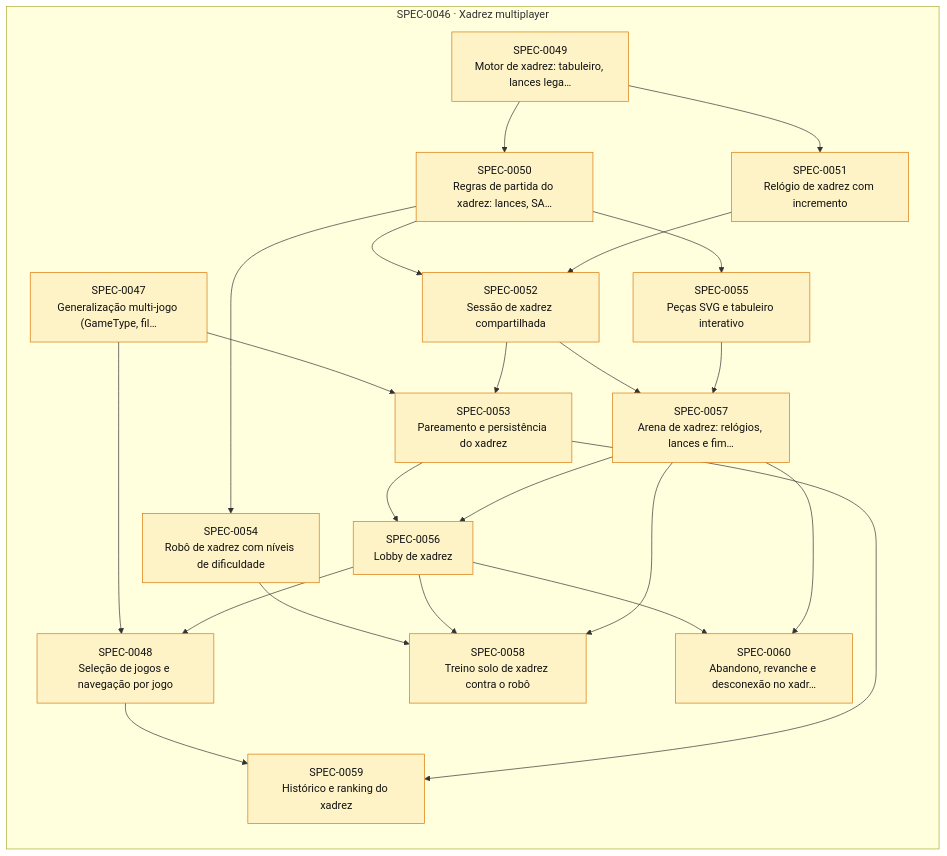
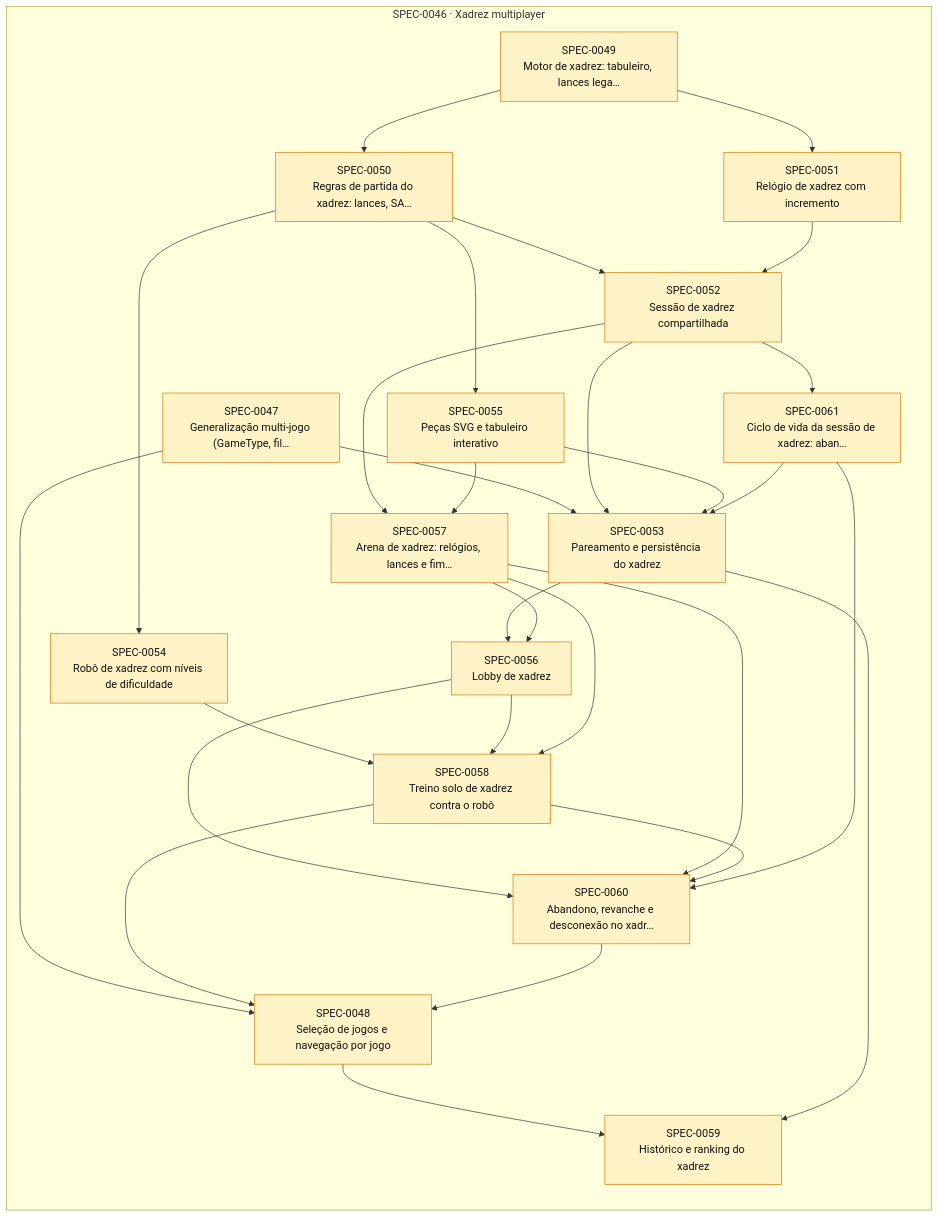
One commit to thomasravache/jogo-da-velha-multiplayer changed the diagram in docs/specs/INDEX.md. Above: the diagram before and after it, drawn with Mermaid. The commit also changed other lines of this file and 20 other files, not shown here.

````diff
--- a/docs/specs/INDEX.md
+++ b/docs/specs/INDEX.md
@@ -50,45 +51,52 @@
 ```mermaid
 flowchart LR
   subgraph E0046["SPEC-0046 · Xadrez multiplayer"]
     S0047["SPEC-0047<br/>Generalização multi-jogo (GameType, fil…"]:::proposed
     S0048["SPEC-0048<br/>Seleção de jogos e navegação por jogo"]:::proposed
     S0049["SPEC-0049<br/>Motor de xadrez: tabuleiro, lances lega…"]:::proposed
     S0050["SPEC-0050<br/>Regras de partida do xadrez: lances, SA…"]:::proposed
     S0051["SPEC-0051<br/>Relógio de xadrez com incremento"]:::proposed
     S0052["SPEC-0052<br/>Sessão de xadrez compartilhada"]:::proposed
     S0053["SPEC-0053<br/>Pareamento e persistência do xadrez"]:::proposed
     S0054["SPEC-0054<br/>Robô de xadrez com níveis de dificuldade"]:::proposed
     S0055["SPEC-0055<br/>Peças SVG e tabuleiro interativo"]:::proposed
     S0056["SPEC-0056<br/>Lobby de xadrez"]:::proposed
     S0057["SPEC-0057<br/>Arena de xadrez: relógios, lances e fim…"]:::proposed
     S0058["SPEC-0058<br/>Treino solo de xadrez contra o robô"]:::proposed
     S0059["SPEC-0059<br/>Histórico e ranking do xadrez"]:::proposed
     S0060["SPEC-0060<br/>Abandono, revanche e desconexão no xadr…"]:::proposed
+    S0061["SPEC-0061<br/>Ciclo de vida da sessão de xadrez: aban…"]:::proposed
   end
   S0047 --> S0048
-  S0056 --> S0048
+  S0058 --> S0048
+  S0060 --> S0048
   S0049 --> S0050
   S0049 --> S0051
   S0050 --> S0052
   S0051 --> S0052
   S0047 --> S0053
   S0052 --> S0053
+  S0055 --> S0053
+  S0061 --> S0053
   S0050 --> S0054
   S0050 --> S0055
   S0053 --> S0056
   S0057 --> S0056
   S0052 --> S0057
   S0055 --> S0057
   S0054 --> S0058
   S0056 --> S0058
   S0057 --> S0058
   S0048 --> S0059
   S0053 --> S0059
   S0056 --> S0060
   S0057 --> S0060
+  S0058 --> S0060
+  S0061 --> S0060
+  S0052 --> S0061
   classDef proposed fill:#fef3c7,stroke:#d97706,color:#111
   classDef approved fill:#dbeafe,stroke:#2563eb,color:#111
   classDef inprogress fill:#ede9fe,stroke:#7c3aed,color:#111
   classDef implemented fill:#dcfce7,stroke:#16a34a,color:#111
   classDef deprecated fill:#f3f4f6,stroke:#9ca3af,color:#6b7280
 ```
````
